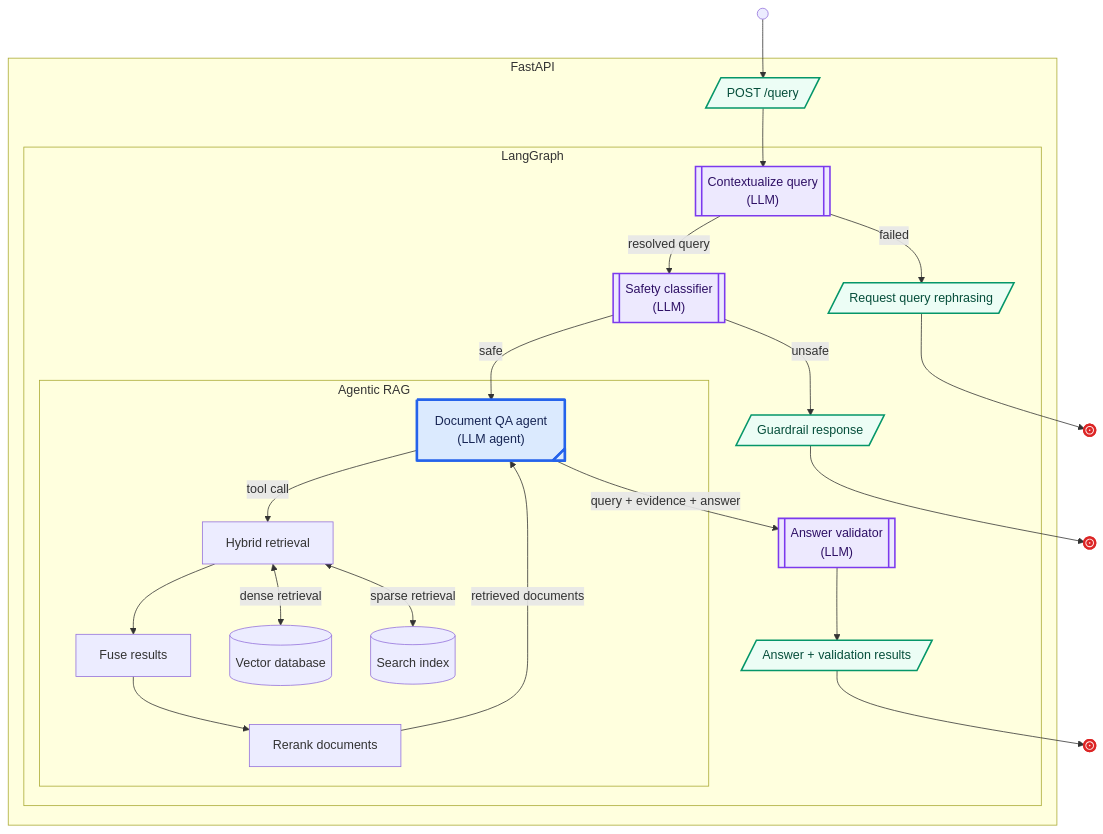
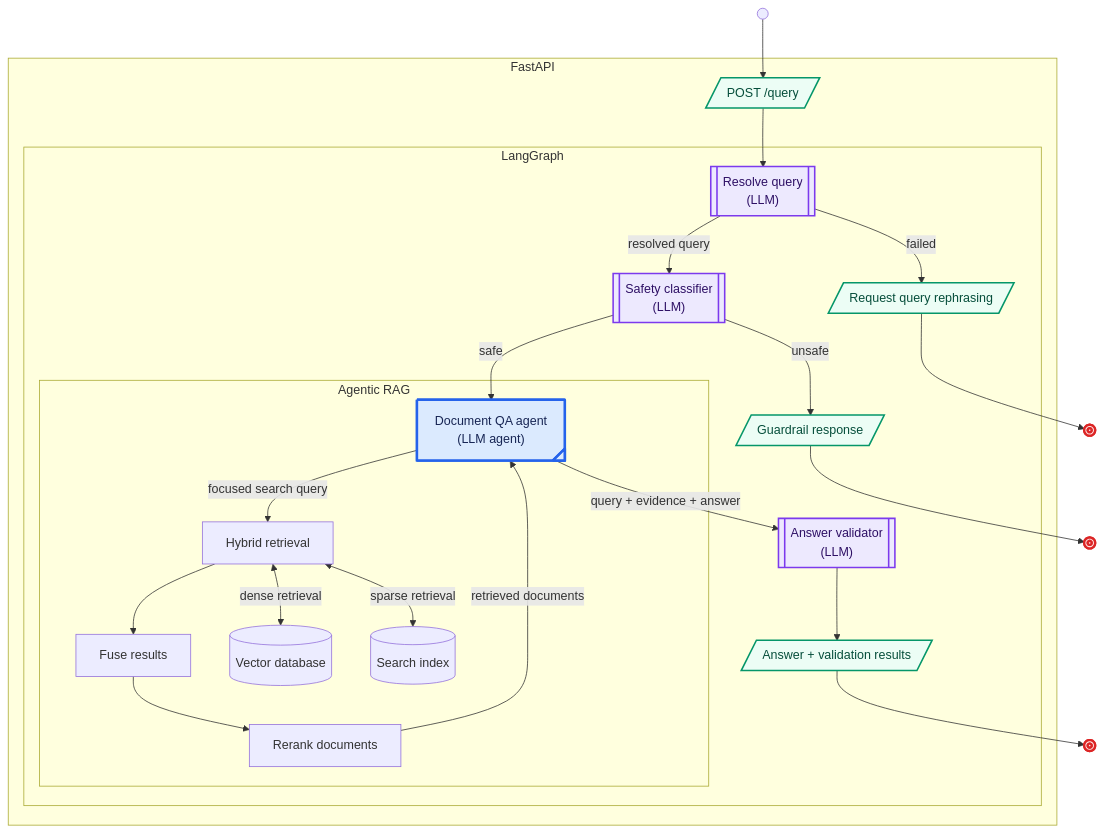
The second of 2 diagrams in README.md (sanath95/Document-Knowledge-Base-with-Source-Grounding), drawn with Mermaid before and after one commit. The commit also changed other lines of this file, not shown here.

````diff
--- a/README.md
+++ b/README.md
@@ -41,54 +42,53 @@
 ```mermaid
 flowchart TD
     Start@{ shape: sm-circ, label: "Start" }
     Query@{ shape: lean-r, label: "POST /query" }
 
     Start --> Query
     subgraph FastAPI
         Query --> Context
         subgraph LangGraph
-            Context@{ shape: subproc, label: "Contextualize query<br/>(LLM)" }
+            Context@{ shape: subproc, label: "Resolve query<br/>(LLM)" }
             Rephrase@{ shape: lean-r, label: "Request query rephrasing" }
             Classify@{ shape: subproc, label: "Safety classifier<br/>(LLM)" }
             Guardrail@{ shape: lean-r, label: "Guardrail response" }
             Agent@{ shape: tag-rect, label: "Document QA agent<br/>(LLM agent)" }
             Validate@{ shape: subproc, label: "Answer validator<br/>(LLM)" }
             Result@{ shape: lean-r, label: "Answer + validation results" }
 
-            
             Context -->|failed| Rephrase
             Context -->|resolved query| Classify
             Classify -->|unsafe| Guardrail
             Classify -->|safe| Agent
             Agent -->|query + evidence + answer| Validate
             Validate --> Result
 
             subgraph Agentic_RAG["Agentic RAG"]
                 Retrieve["Hybrid retrieval"]
                 Fuse["Fuse results"]
                 Rerank["Rerank documents"]
 
-                Agent -->|tool call| Retrieve
+                Agent -->|focused search query| Retrieve
                 Retrieve --> Fuse
                 Retrieve <--> |dense retrieval| VectorDatabase@{ shape: cyl, label: "Vector database" }
                 Retrieve <--> |sparse retrieval| Index@{ shape: cyl, label: "Search index" }
                 Fuse --> Rerank
                 Rerank -->|retrieved documents| Agent
             end
         end
     end
 
     Rephrase --> StopRephrase@{ shape: framed-circle, label: "Stop" }
     Guardrail --> StopGuardrail@{ shape: framed-circle, label: "Stop" }
     Result --> StopResult@{ shape: framed-circle, label: "Stop" }
 
     classDef llm fill:#ede9fe,stroke:#7c3aed,stroke-width:2px,color:#2e1065
     classDef agent fill:#dbeafe,stroke:#2563eb,stroke-width:3px,color:#172554
     classDef io fill:#ecfdf5,stroke:#059669,stroke-width:2px,color:#064e3b
     classDef terminal fill:#fee2e2,stroke:#dc2626,stroke-width:3px,color:#7f1d1d
 
     class Context,Classify,Validate llm
     class Agent agent
     class Query,Rephrase,Guardrail,Result io
     class Start,StopRephrase,StopGuardrail,StopResult terminal
 ```
````
